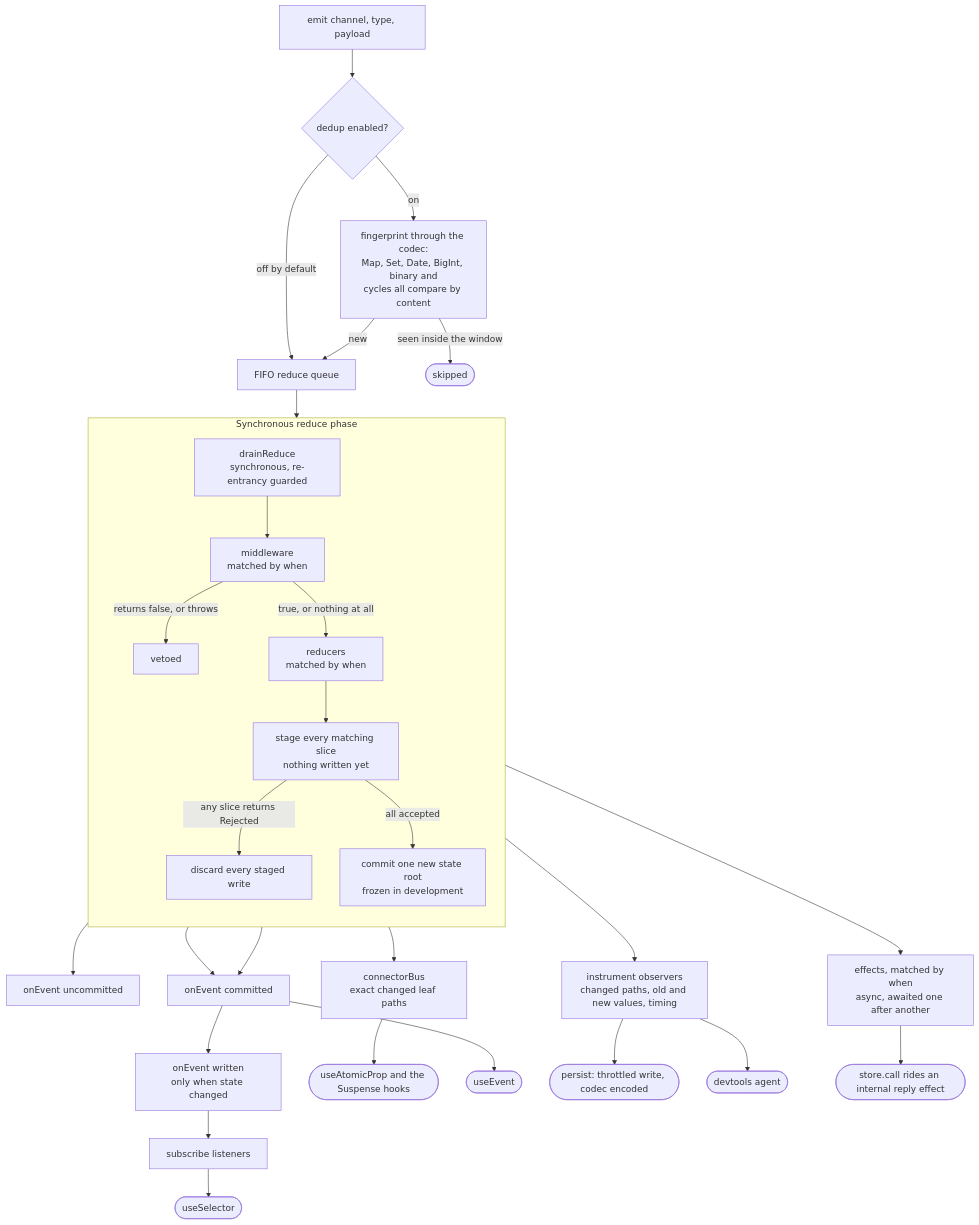
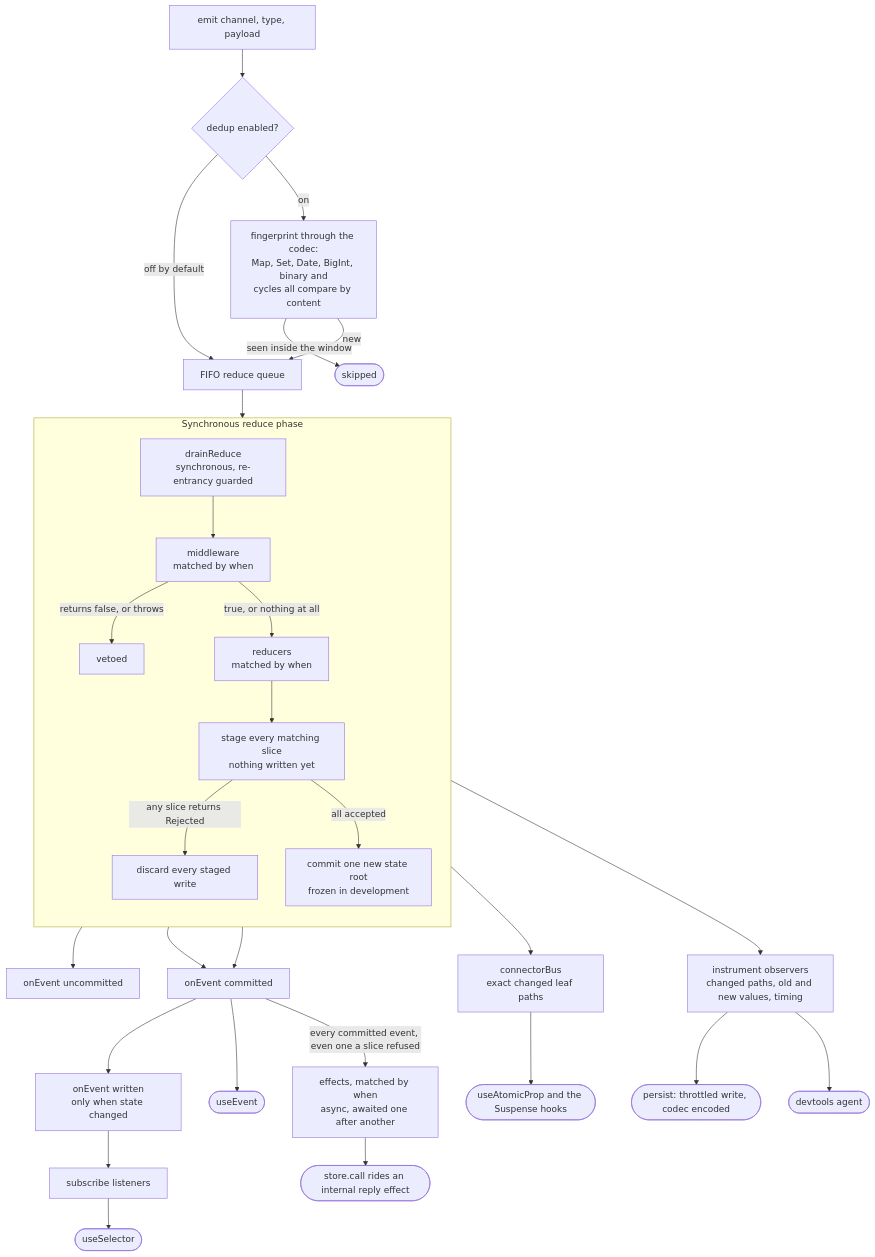
Before and after one commit to yoltra/yoltra: the second of 4 diagrams in README.md, drawn with Mermaid. The commit also changed other lines of this file and 149 other files, not shown here.

First line of the commit message:
docs: add architecture diagrams, and focus the docs on browser and React

````diff
--- a/README.md
+++ b/README.md
@@ -99,37 +147,37 @@
 ```mermaid
 flowchart TD
     emit["emit channel, type, payload"] --> dedup{"dedup enabled?"}
     dedup -->|"off by default"| queue
     dedup -->|"on"| fp["fingerprint through the codec:<br/>Map, Set, Date, BigInt, binary and<br/>cycles all compare by content"]
     fp -->|"seen inside the window"| swallowed(["skipped"])
     fp -->|"new"| queue["FIFO reduce queue"]
     queue --> drain["drainReduce<br/>synchronous, re-entrancy guarded"]
 
     subgraph sync ["Synchronous reduce phase"]
     direction TB
         drain --> mw["middleware<br/>matched by when"]
         mw -->|"returns false, or throws"| veto["vetoed"]
         mw -->|"true, or nothing at all"| red["reducers<br/>matched by when"]
         red --> stage["stage every matching slice<br/>nothing written yet"]
         stage -->|"any slice returns Rejected"| reject["discard every staged write"]
         stage -->|"all accepted"| commit["commit one new state root<br/>frozen in development"]
     end
 
     veto --> nUncommitted["onEvent uncommitted"]
     reject --> nCommitted["onEvent committed"]
     commit --> nCommitted
     commit --> paths["connectorBus<br/>exact changed leaf paths"]
     nCommitted --> nWritten["onEvent written<br/>only when state changed"]
     nWritten --> listeners["subscribe listeners"]
 
     paths --> atomic(["useAtomicProp and the Suspense hooks"])
     listeners --> selector(["useSelector"])
     nCommitted --> useEvent(["useEvent"])
 
     commit --> instr["instrument observers<br/>changed paths, old and new values, timing"]
     instr --> persistOut(["persist: throttled write, codec encoded"])
     instr --> agent(["devtools agent"])
 
-    commit --> fx["effects, matched by when<br/>async, awaited one after another"]
+    nCommitted -->|"every committed event, even one a slice refused"| fx["effects, matched by when<br/>async, awaited one after another"]
     fx --> call(["store.call rides an internal reply effect"])
 ```
````
